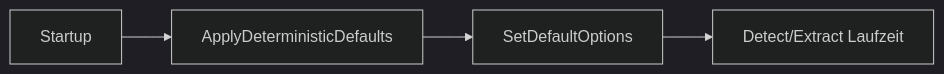
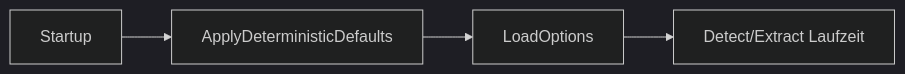
The diagram in src/FileTypeDetection/Configuration/INDEX.md (tomtastisch/FileClassifier), drawn with Mermaid (dark theme) before and after one commit. The commit also changed other lines of this file and 36 other files, not shown here.

````diff
--- a/src/FileTypeDetection/Configuration/INDEX.md
+++ b/src/FileTypeDetection/Configuration/INDEX.md
@@ -28,6 +28,6 @@
 ```mermaid
 flowchart LR
     A[Startup] --> B[ApplyDeterministicDefaults]
-    B --> C[SetDefaultOptions]
+    B --> C[LoadOptions]
     C --> D[Detect/Extract Laufzeit]
 ```
````
